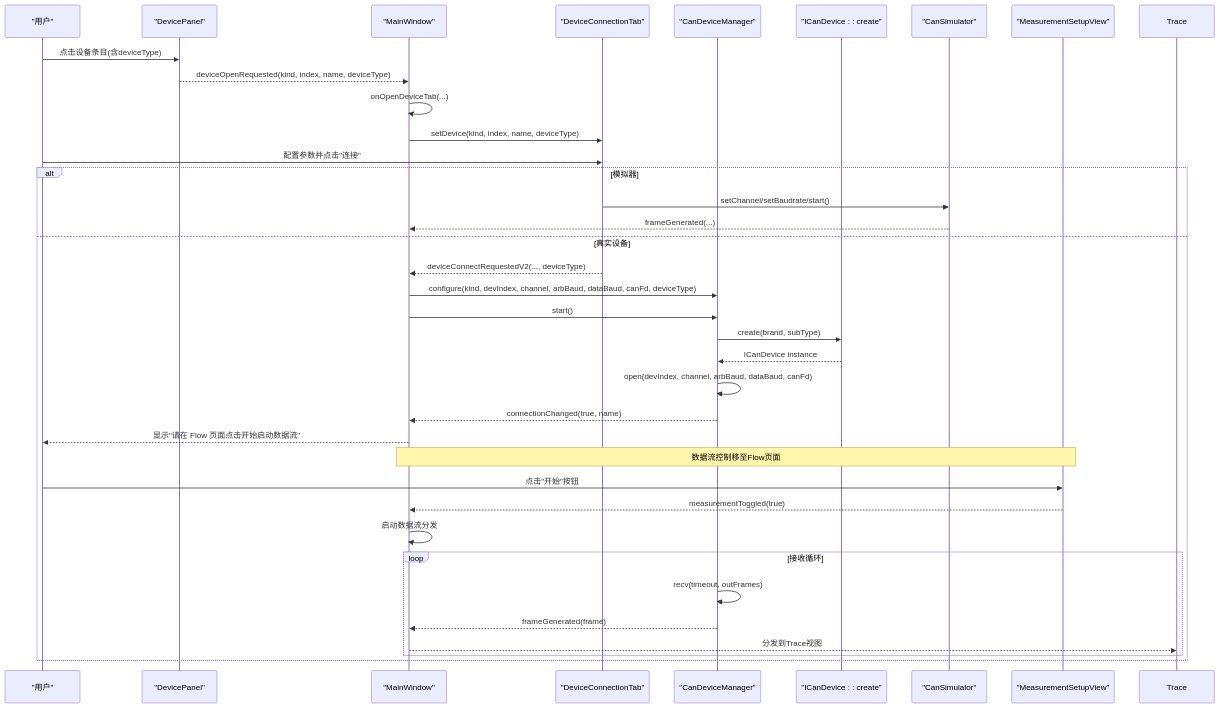
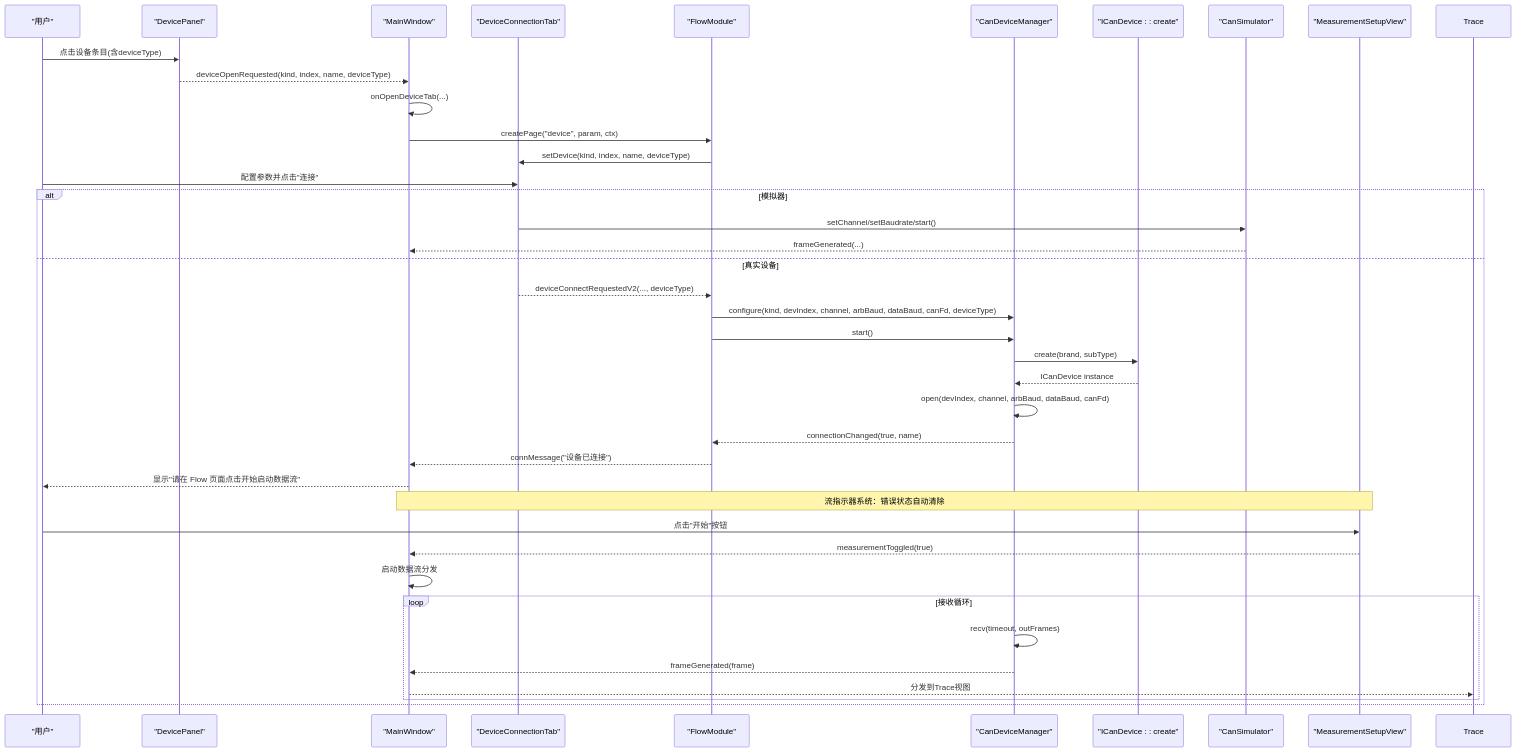
Before and after one commit to jakecai1225-design/OpenBus: the second of 6 diagrams in .qoder/repowiki/zh/content/架构设计/UI系统设计/设备连接界面.md, drawn with Mermaid. The commit also changed other lines of this file and 10 other files, not shown here.

````diff
--- a/.qoder/repowiki/zh/content/架构设计/UI系统设计/设备连接界面.md
+++ b/.qoder/repowiki/zh/content/架构设计/UI系统设计/设备连接界面.md
@@ -129,38 +136,41 @@
 ```mermaid
 sequenceDiagram
 participant User as "用户"
 participant Panel as "DevicePanel"
 participant Main as "MainWindow"
 participant Tab as "DeviceConnectionTab"
+participant Flow as "FlowModule"
 participant Mgr as "CanDeviceManager"
 participant Factory as "ICanDevice : : create"
 participant Sim as "CanSimulator"
-participant Flow as "MeasurementSetupView"
+participant MSV as "MeasurementSetupView"
 User->>Panel : 点击设备条目(含deviceType)
 Panel-->>Main : deviceOpenRequested(kind, index, name, deviceType)
 Main->>Main : onOpenDeviceTab(...)
-Main->>Tab : setDevice(kind, index, name, deviceType)
+Main->>Flow : createPage("device", param, ctx)
+Flow->>Tab : setDevice(kind, index, name, deviceType)
 User->>Tab : 配置参数并点击"连接"
 alt 模拟器
 Tab->>Sim : setChannel/setBaudrate/start()
 Sim-->>Main : frameGenerated(...)
 else 真实设备
-Tab-->>Main : deviceConnectRequestedV2(..., deviceType)
-Main->>Mgr : configure(kind, devIndex, channel, arbBaud, dataBaud, canFd, deviceType)
-Main->>Mgr : start()
+Tab-->>Flow : deviceConnectRequestedV2(..., deviceType)
+Flow->>Mgr : configure(kind, devIndex, channel, arbBaud, dataBaud, canFd, deviceType)
+Flow->>Mgr : start()
 Mgr->>Factory : create(brand, subType)
 Factory-->>Mgr : ICanDevice instance
 Mgr->>Mgr : open(devIndex, channel, arbBaud, dataBaud, canFd)
-Mgr-->>Main : connectionChanged(true, name)
+Mgr-->>Flow : connectionChanged(true, name)
+Flow-->>Main : connMessage("设备已连接")
 Main-->>User : 显示"请在 Flow 页面点击开始启动数据流"
-Note over Main,Flow : 数据流控制移至Flow页面
-User->>Flow : 点击"开始"按钮
-Flow-->>Main : measurementToggled(true)
+Note over Main,MSV : 流指示器系统：错误状态自动清除
+User->>MSV : 点击"开始"按钮
+MSV-->>Main : measurementToggled(true)
 Main->>Main : 启动数据流分发
 loop 接收循环
 Mgr->>Mgr : recv(timeout, outFrames)
 Mgr-->>Main : frameGenerated(frame)
 Main-->>Trace : 分发到Trace视图
 end
 end
 ```
````
